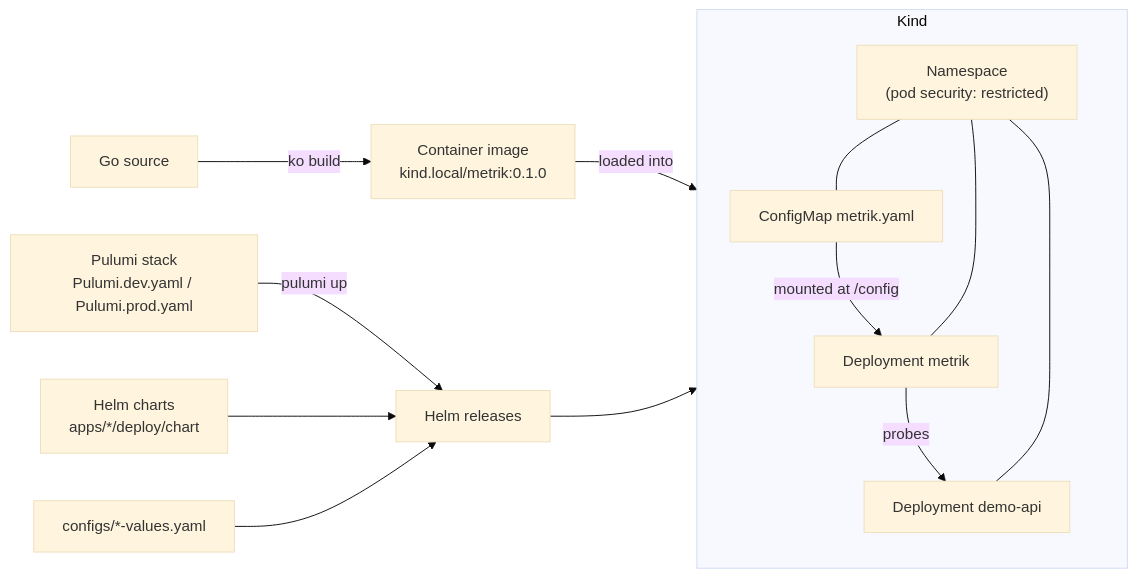
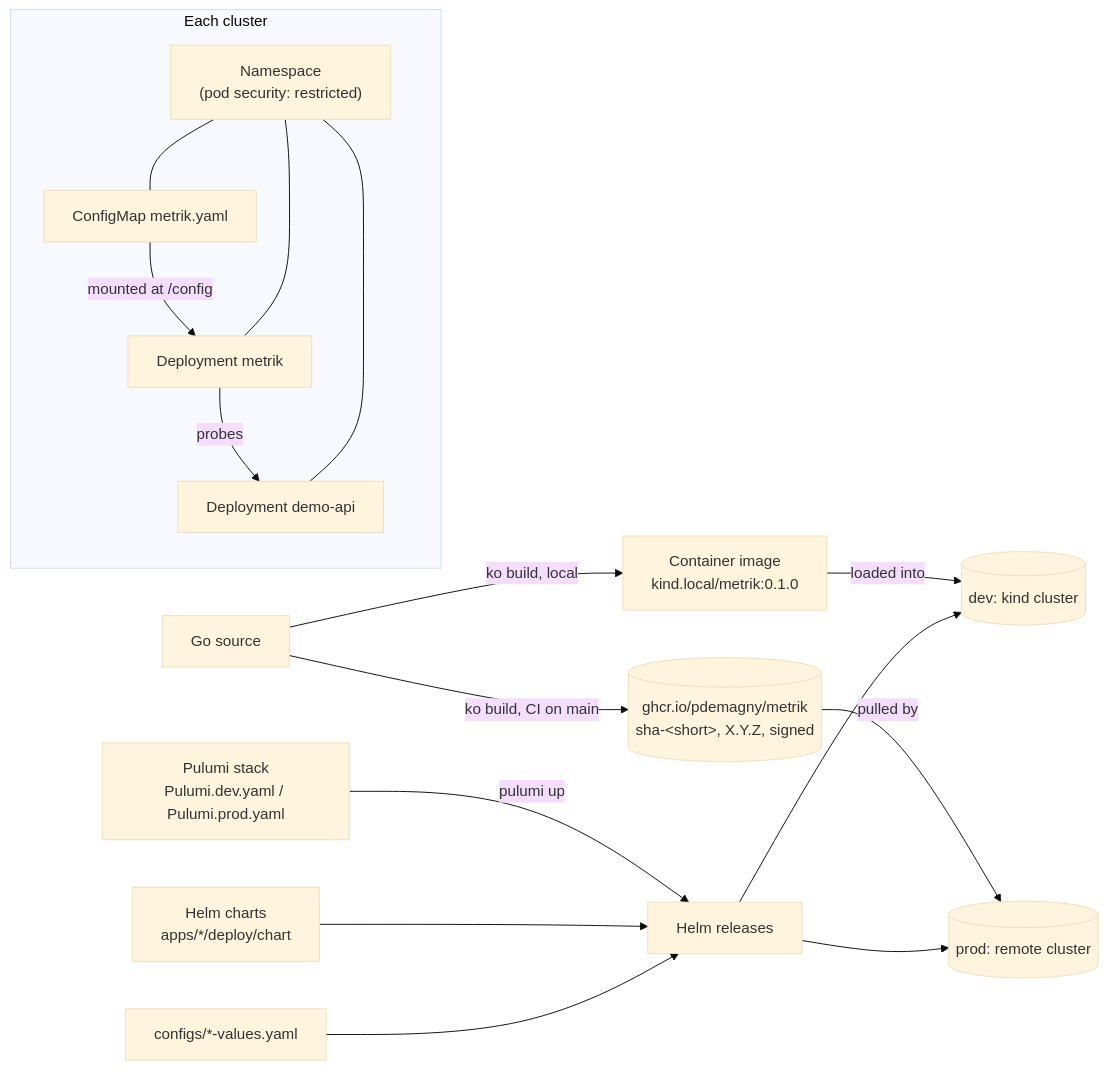
Before and after one commit to pdemagny/metrik: the third of 3 diagrams in docs/metrik-architecture.md, drawn with Mermaid (base theme). The commit also changed other lines of this file and 2 other files, not shown here.

Commit message:
docs(deployment): document registry deployments

````diff
--- a/docs/metrik-architecture.md
+++ b/docs/metrik-architecture.md
@@ -79,22 +79,25 @@
 ```mermaid
 flowchart LR
-    Src["Go source"] -->|ko build| Img["Container image<br/>kind.local/metrik:0.1.0"]
-    Img -->|loaded into| Kind[("kind cluster<br/>dev or prod")]
+    Src["Go source"] -->|ko build, local| Img["Container image<br/>kind.local/metrik:0.1.0"]
+    Img -->|loaded into| Kind[("dev: kind cluster")]
+    Src -->|ko build, CI on main| Reg[("ghcr.io/pdemagny/metrik<br/>sha-&lt;short&gt;, X.Y.Z, signed")]
+    Reg -->|pulled by| Remote[("prod: remote cluster")]
     Stack["Pulumi stack<br/>Pulumi.dev.yaml / Pulumi.prod.yaml"] -->|pulumi up| Release["Helm releases"]
     Chart["Helm charts<br/>apps/*/deploy/chart"] --> Release
     Values["configs/*-values.yaml"] --> Release
     Release --> Kind
+    Release --> Remote
 
-    subgraph Kind
+    subgraph Cluster["Each cluster"]
         direction TB
         NS["Namespace<br/>(pod security: restricted)"]
         CM["ConfigMap metrik.yaml"]
         Dep["Deployment metrik"]
         Api["Deployment demo-api"]
         CM -->|mounted at /config| Dep
         Dep -->|probes| Api
         NS --- CM
         NS --- Dep
         NS --- Api
     end
 ```
````
